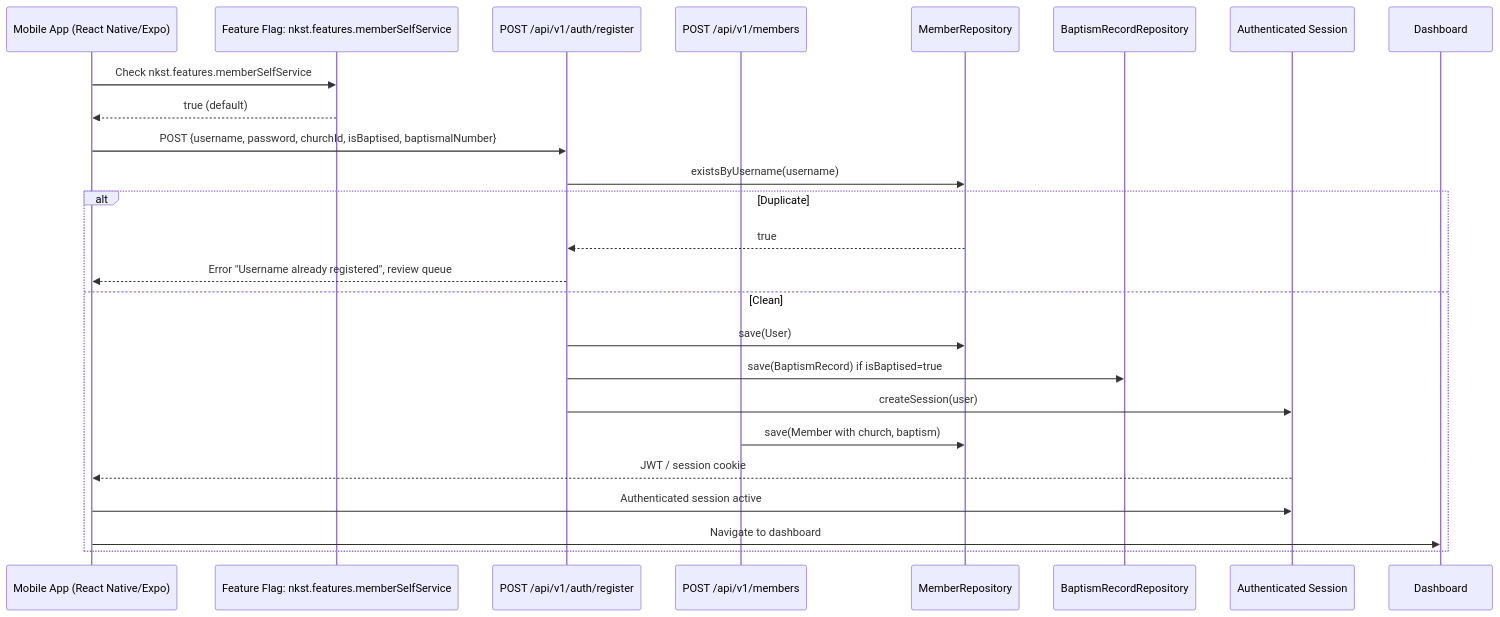
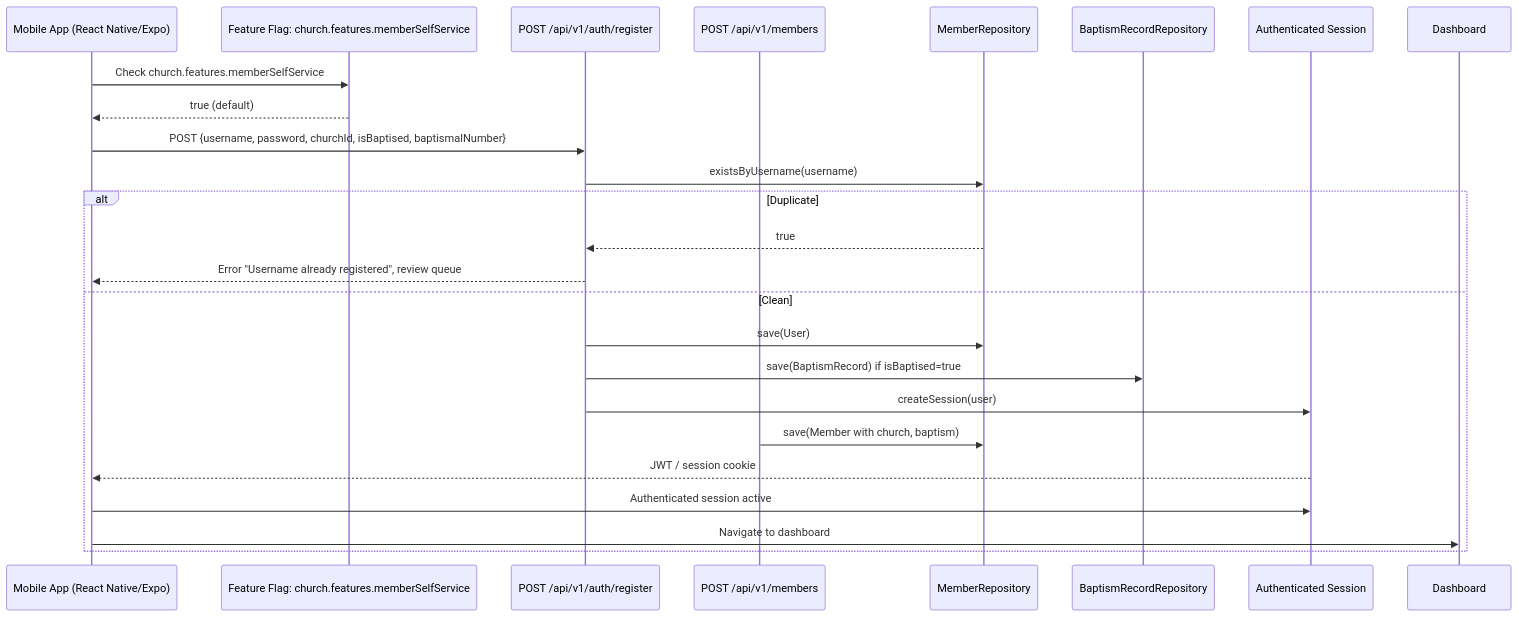
The diagram in specs/ENGR-001.md (mikcheal101/spec-nkst), drawn with Mermaid before and after one commit. The commit also changed other lines of this file and 475 other files, not shown here.

````diff
--- a/specs/ENGR-001.md
+++ b/specs/ENGR-001.md
@@ -52,27 +52,27 @@
 ```mermaid
 sequenceDiagram
     participant Mobile as Mobile App (React Native/Expo)
-    participant FeatureFlag as Feature Flag: nkst.features.memberSelfService
+    participant FeatureFlag as Feature Flag: church.features.memberSelfService
     participant AuthAPI as POST /api/v1/auth/register
     participant MemberAPI as POST /api/v1/members
     participant MemberRepo as MemberRepository
     participant BaptismRepo as BaptismRecordRepository
     participant Session as Authenticated Session
 
-    Mobile->>FeatureFlag: Check nkst.features.memberSelfService
+    Mobile->>FeatureFlag: Check church.features.memberSelfService
     FeatureFlag-->>Mobile: true (default)
     Mobile->>AuthAPI: POST {username, password, churchId, isBaptised, baptismalNumber}
     AuthAPI->>MemberRepo: existsByUsername(username)
     alt Duplicate
       MemberRepo-->>AuthAPI: true
       AuthAPI-->>Mobile: Error "Username already registered", review queue
     else Clean
       AuthAPI->>MemberRepo: save(User)
       AuthAPI->>BaptismRepo: save(BaptismRecord) if isBaptised=true
       AuthAPI->>Session: createSession(user)
       MemberAPI->>MemberRepo: save(Member with church, baptism)
       Session-->>Mobile: JWT / session cookie
       Mobile->>Session: Authenticated session active
       Mobile->>Dashboard: Navigate to dashboard
     end
 ```
````
